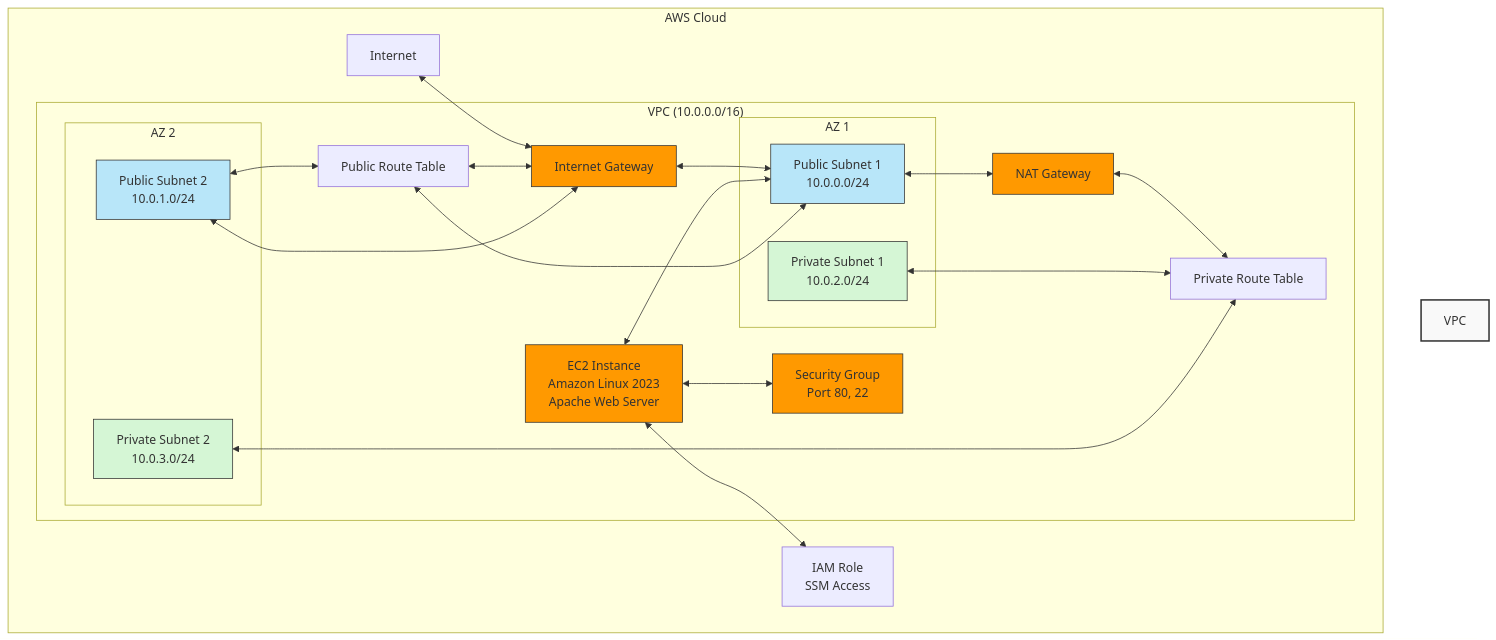
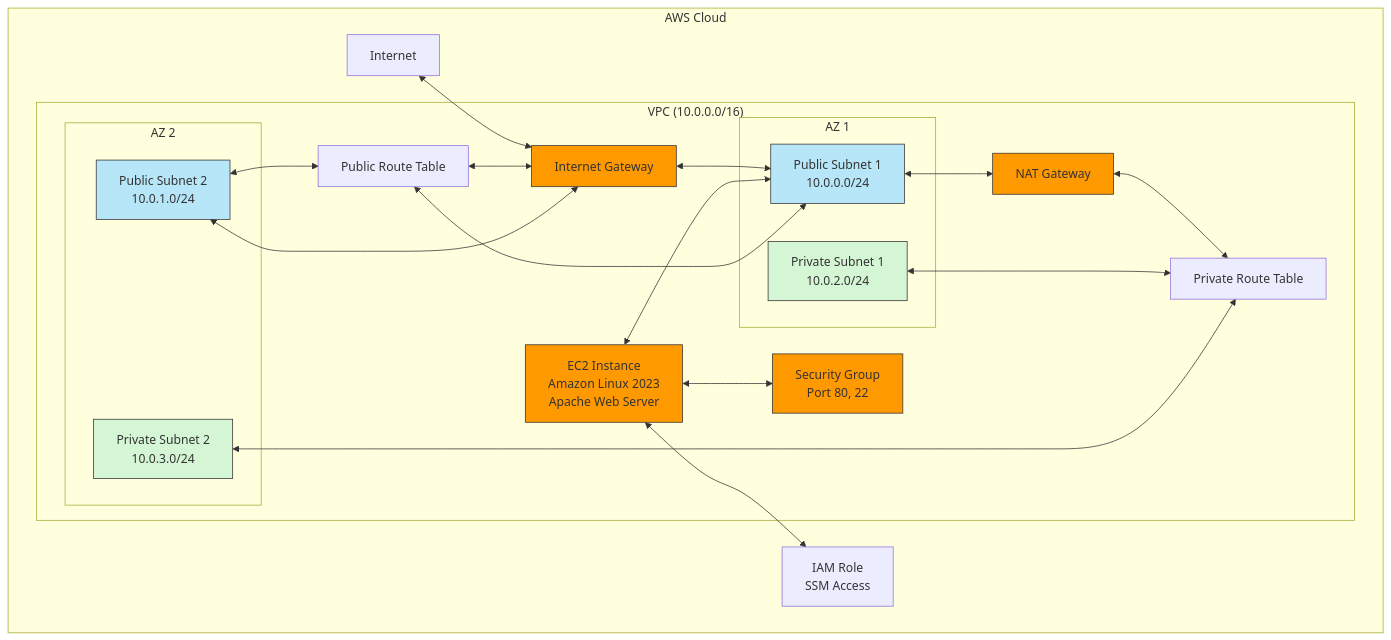
One commit to vaibhav21soni/CDK_project changed the diagram in architecture.md. Above: the diagram before and after it, drawn with Mermaid.

````diff
--- a/architecture.md
+++ b/architecture.md
@@ -5,57 +5,44 @@
 ```mermaid
-graph TD
-    subgraph "AWS Cloud"
-        subgraph "VPC (10.0.0.0/16)"
-            subgraph "AZ 1"
-                PublicSubnet1["Public Subnet 1\n10.0.0.0/24"]
-                PrivateSubnet1["Private Subnet 1\n10.0.2.0/24"]
-            end
-            
-            subgraph "AZ 2"
-                PublicSubnet2["Public Subnet 2\n10.0.1.0/24"]
-                PrivateSubnet2["Private Subnet 2\n10.0.3.0/24"]
-            end
-            
-            IGW["Internet Gateway"]
-            NATGW["NAT Gateway"]
-            
-            EC2["EC2 Instance\nAmazon Linux 2023\nApache Web Server"]
-            SG["Security Group\nPort 80, 22"]
-            
-            PublicRT["Public Route Table"]
-            PrivateRT["Private Route Table"]
-        end
-        
+flowchart TD
+ subgraph subGraph0["AZ 1"]
+        PublicSubnet1["Public Subnet 1\n10.0.0.0/24"]
+        PrivateSubnet1["Private Subnet 1\n10.0.2.0/24"]
+  end
+ subgraph subGraph1["AZ 2"]
+        PublicSubnet2["Public Subnet 2\n10.0.1.0/24"]
+        PrivateSubnet2["Private Subnet 2\n10.0.3.0/24"]
+  end
+ subgraph subGraph2["VPC (10.0.0.0/16)"]
+        subGraph0
+        subGraph1
+        IGW["Internet Gateway"]
+        NATGW["NAT Gateway"]
+        EC2["EC2 Instance\nAmazon Linux 2023\nApache Web Server"]
+        SG["Security Group\nPort 80, 22"]
+        PublicRT["Public Route Table"]
+        PrivateRT["Private Route Table"]
+  end
+ subgraph subGraph3["AWS Cloud"]
+        subGraph2
         IAM["IAM Role\nSSM Access"]
         Internet["Internet"]
-    end
-    
+  end
     Internet <--> IGW
-    IGW <--> PublicSubnet1
-    IGW <--> PublicSubnet2
-    
-    PublicSubnet1 <--> PublicRT
+    IGW <--> PublicSubnet1 & PublicSubnet2
+    PublicSubnet1 <--> PublicRT & NATGW
     PublicSubnet2 <--> PublicRT
-    
     PublicRT <--> IGW
-    
-    PublicSubnet1 <--> NATGW
     NATGW <--> PrivateRT
-    
     PrivateSubnet1 <--> PrivateRT
     PrivateSubnet2 <--> PrivateRT
-    
-    EC2 <--> PublicSubnet1
-    EC2 <--> SG
-    EC2 <--> IAM
-    
-    style VPC fill:#f9f9f9,stroke:#333,stroke-width:2px
+    EC2 <--> PublicSubnet1 & SG & IAM
+
+    style PublicSubnet1 fill:#B8E6F9,stroke:#333,stroke-width:1px
+    style PrivateSubnet1 fill:#D5F6D5,stroke:#333,stroke-width:1px
+    style PublicSubnet2 fill:#B8E6F9,stroke:#333,stroke-width:1px
+    style PrivateSubnet2 fill:#D5F6D5,stroke:#333,stroke-width:1px
+    style IGW fill:#FF9900,stroke:#333,stroke-width:1px
+    style NATGW fill:#FF9900,stroke:#333,stroke-width:1px
     style EC2 fill:#FF9900,stroke:#333,stroke-width:1px
     style SG fill:#FF9900,stroke:#333,stroke-width:1px
-    style IGW fill:#FF9900,stroke:#333,stroke-width:1px
-    style NATGW fill:#FF9900,stroke:#333,stroke-width:1px
-    style PublicSubnet1 fill:#B8E6F9,stroke:#333,stroke-width:1px
-    style PublicSubnet2 fill:#B8E6F9,stroke:#333,stroke-width:1px
-    style PrivateSubnet1 fill:#D5F6D5,stroke:#333,stroke-width:1px
-    style PrivateSubnet2 fill:#D5F6D5,stroke:#333,stroke-width:1px
 ```
````
